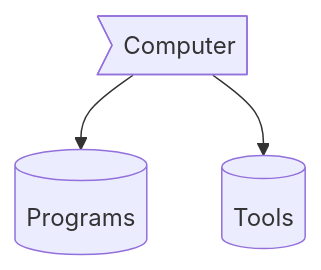
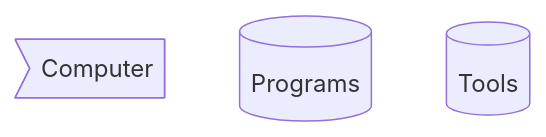
One commit to Thelalitagarwal/Thelalitagarwal changed the diagram in README.md. Above: the diagram before and after it, drawn with Mermaid.

````diff
--- a/README.md
+++ b/README.md
@@ -26,8 +26,6 @@
 ```mermaid
 flowchart TB
  A>"Computer"]  
  B[("Programs")] 
  C[("Tools")]
- A --> B
- A --> C
 ```
````
